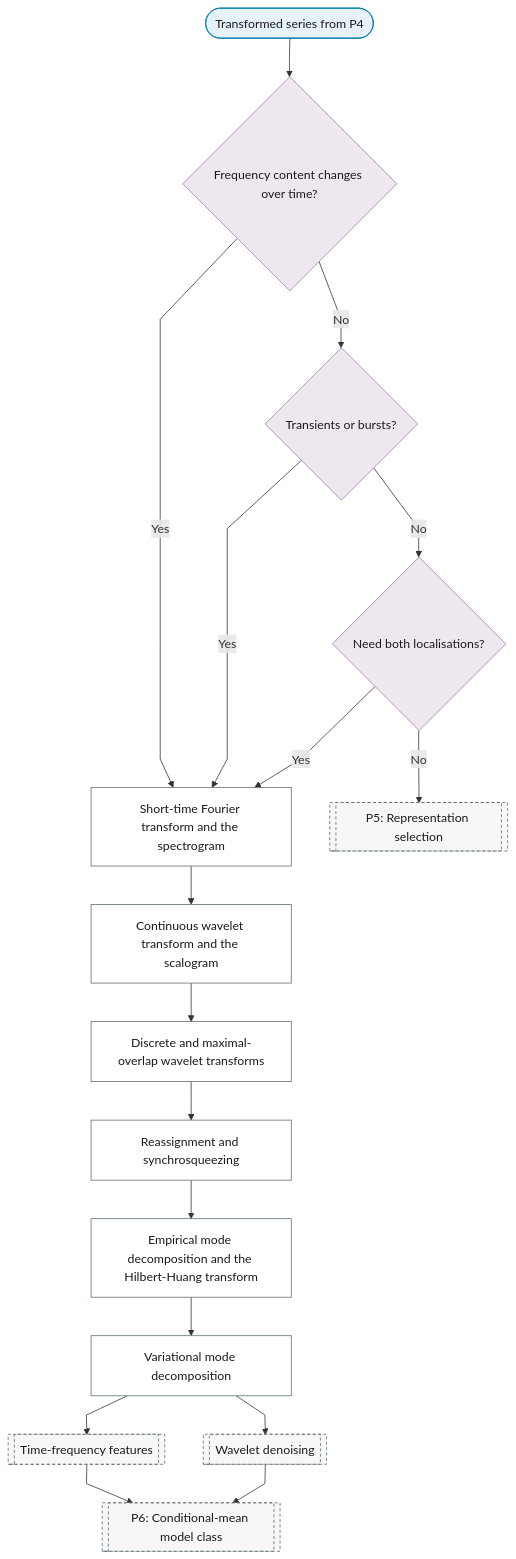
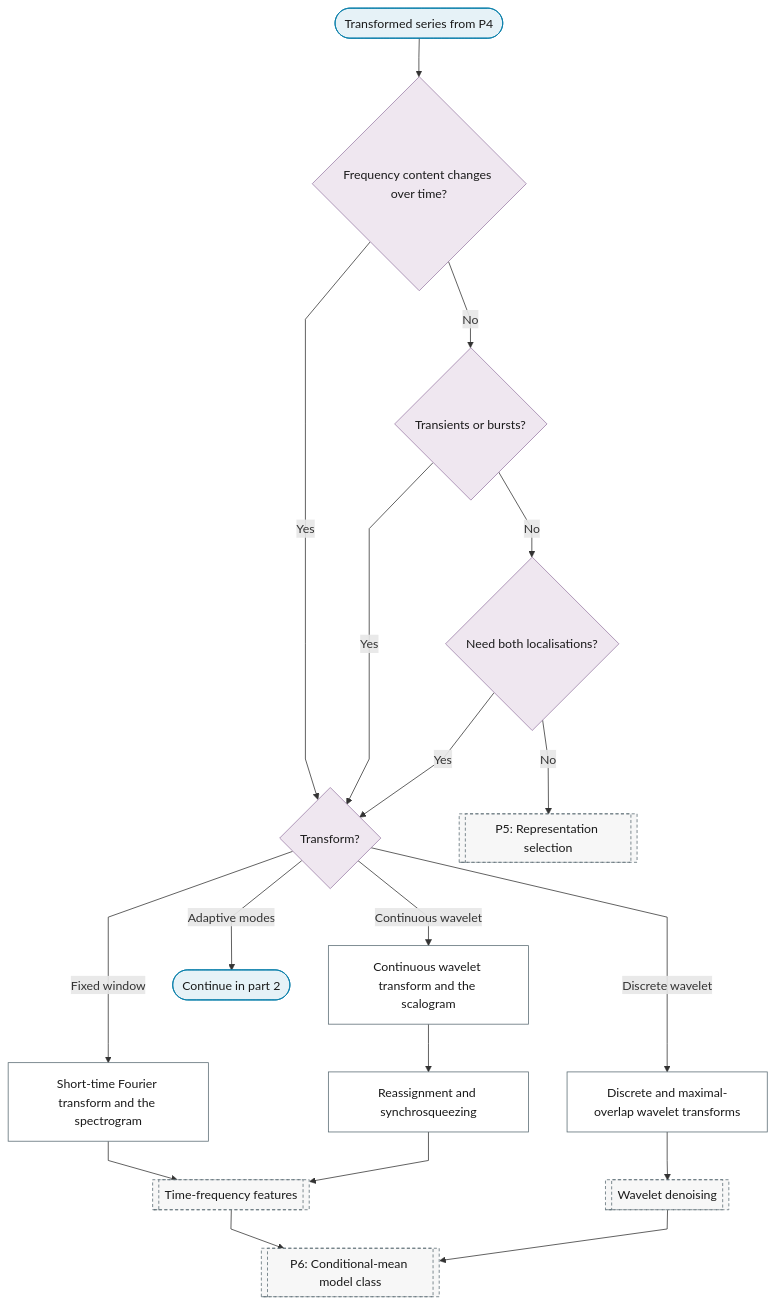
The first of 2 diagrams in docs/01-workflow/p05-representation/03-time-frequency.md (Shuxin-Y/time-series-analysis-manual), drawn with Mermaid before and after one commit. The commit also changed other lines of this file and 8 other files, not shown here.

First line of the commit message:
fix(flowchart): alternatives are fan-outs, dependencies are chains

````diff
--- a/docs/01-workflow/p05-representation/03-time-frequency.md
+++ b/docs/01-workflow/p05-representation/03-time-frequency.md
@@ -7,31 +9,31 @@
 ```mermaid
 %%{init: {"flowchart": {"curve": "linear"}}}%%
 graph TD
     P5_TF_IN(["Transformed series from P4"]) --> P5_TF_CHANGING{"Frequency content changes over time?"}
-    P5_TF_CHANGING -->|"Yes"| P5_TF_STFT["Short-time Fourier transform and the spectrogram"]
+    P5_TF_CHANGING -->|"Yes"| P5_TF_TRANSFORM{"Transform?"}
     P5_TF_CHANGING -->|"No"| P5_TF_TRANSIENTS{"Transients or bursts?"}
-    P5_TF_TRANSIENTS -->|"Yes"| P5_TF_STFT
+    P5_TF_TRANSIENTS -->|"Yes"| P5_TF_TRANSFORM
     P5_TF_TRANSIENTS -->|"No"| P5_TF_LOCALISATION{"Need both localisations?"}
-    P5_TF_LOCALISATION -->|"Yes"| P5_TF_STFT
+    P5_TF_LOCALISATION -->|"Yes"| P5_TF_TRANSFORM
     P5_TF_LOCALISATION -->|"No"| P5[["P5: Representation selection"]]
-    P5_TF_STFT --> P5_TF_CWT["Continuous wavelet transform and the scalogram"]
-    P5_TF_CWT --> P5_TF_DWT["Discrete and maximal-overlap wavelet transforms"]
-    P5_TF_DWT --> P5_TF_SYNCHROSQUEEZING["Reassignment and synchrosqueezing"]
-    P5_TF_SYNCHROSQUEEZING --> P5_TF_EMD["Empirical mode decomposition and the Hilbert-Huang transform"]
-    P5_TF_EMD --> P5_TF_VMD["Variational mode decomposition"]
-    P5_TF_VMD --> P2_FE_TF_FEATURES[["Time-frequency features"]]
-    P5_TF_VMD --> P2_SE_WAVELET_DENOISING[["Wavelet denoising"]]
+    P5_TF_TRANSFORM -->|"Fixed window"| P5_TF_STFT["Short-time Fourier transform and the spectrogram"]
+    P5_TF_TRANSFORM -->|"Continuous wavelet"| P5_TF_CWT["Continuous wavelet transform and the scalogram"]
+    P5_TF_TRANSFORM -->|"Discrete wavelet"| P5_TF_DWT["Discrete and maximal-overlap wavelet transforms"]
+    P5_TF_TRANSFORM -->|"Adaptive modes"| P5_TF_TO_PART_2(["Continue in part 2"])
+    P5_TF_CWT --> P5_TF_SYNCHROSQUEEZING["Reassignment and synchrosqueezing"]
+    P5_TF_STFT & P5_TF_SYNCHROSQUEEZING --> P2_FE_TF_FEATURES[["Time-frequency features"]]
+    P5_TF_DWT --> P2_SE_WAVELET_DENOISING[["Wavelet denoising"]]
     P2_FE_TF_FEATURES & P2_SE_WAVELET_DENOISING --> P6[["P6: Conditional-mean model class"]]
-    class P5_TF_IN terminator
-    class P5_TF_CHANGING,P5_TF_TRANSIENTS,P5_TF_LOCALISATION decision
-    class P5_TF_STFT,P5_TF_CWT,P5_TF_DWT,P5_TF_SYNCHROSQUEEZING,P5_TF_EMD,P5_TF_VMD process
+    class P5_TF_IN,P5_TF_TO_PART_2 terminator
+    class P5_TF_CHANGING,P5_TF_TRANSFORM,P5_TF_TRANSIENTS,P5_TF_LOCALISATION decision
+    class P5_TF_STFT,P5_TF_CWT,P5_TF_DWT,P5_TF_SYNCHROSQUEEZING process
     class P5,P2_FE_TF_FEATURES,P2_SE_WAVELET_DENOISING,P6 ref
     classDef terminator fill:#E6F2F7,stroke:#007BA7,color:#1A1A1A;
     classDef process fill:#FFFFFF,stroke:#5A6B73,color:#1A1A1A;
     classDef decision fill:#EFE7F0,stroke:#9B7FA7,color:#1A1A1A;
     classDef data fill:#FFF4E0,stroke:#C9A55E,color:#1A1A1A;
     classDef good fill:#DCEFD8,stroke:#4A7A3F,color:#1A1A1A;
     classDef escalate fill:#FFE9C2,stroke:#C9A55E,color:#1A1A1A;
     classDef problem fill:#F2D9DE,stroke:#800020,color:#1A1A1A;
     classDef ref fill:#F7F7F7,stroke:#5A6B73,color:#1A1A1A,stroke-dasharray:4 3;
 ```
````
